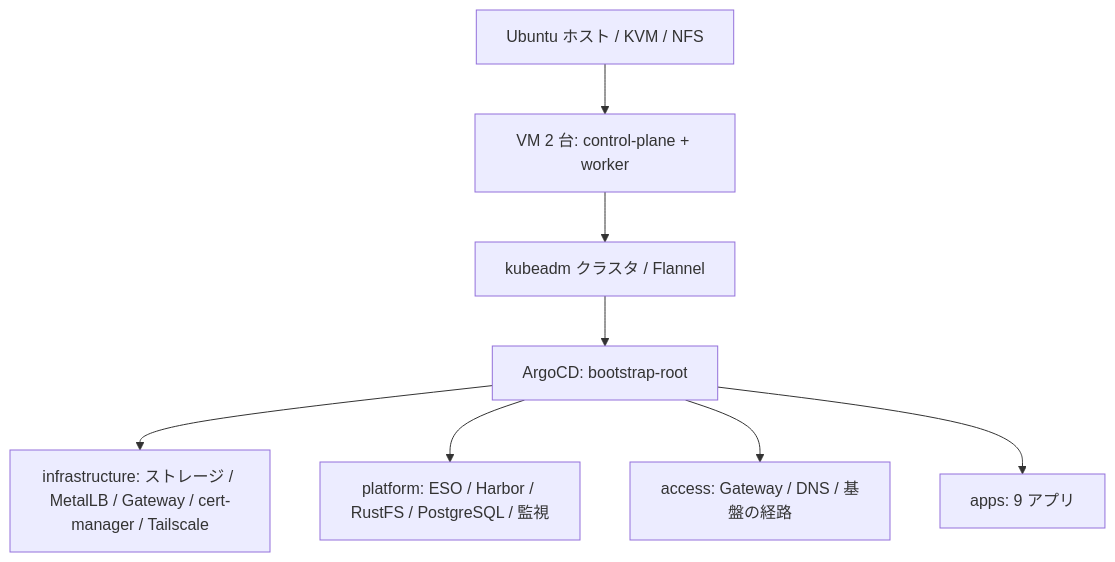
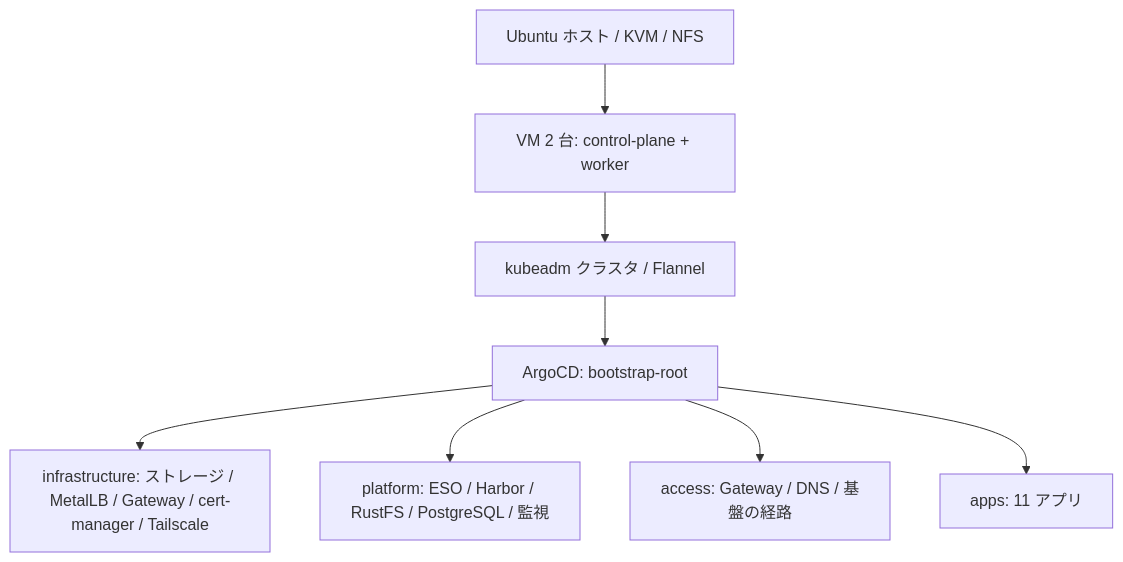
Before and after one commit to home-lab-ksera/home-lab-k8s: the diagram in docs/architecture.md, drawn with Mermaid. The commit also changed other lines of this file and 16 other files, not shown here.

````diff
--- a/docs/architecture.md
+++ b/docs/architecture.md
@@ -6,10 +6,10 @@
 ```mermaid
 flowchart TD
   Host[Ubuntu ホスト / KVM / NFS] --> VM[VM 2 台: control-plane + worker]
   VM --> K8s[kubeadm クラスタ / Flannel]
   K8s --> Argo[ArgoCD: bootstrap-root]
   Argo --> Infra[infrastructure: ストレージ / MetalLB / Gateway / cert-manager / Tailscale]
   Argo --> Platform[platform: ESO / Harbor / RustFS / PostgreSQL / 監視]
   Argo --> Access[access: Gateway / DNS / 基盤の経路]
-  Argo --> Apps[apps: 9 アプリ]
+  Argo --> Apps[apps: 11 アプリ]
 ```
````
